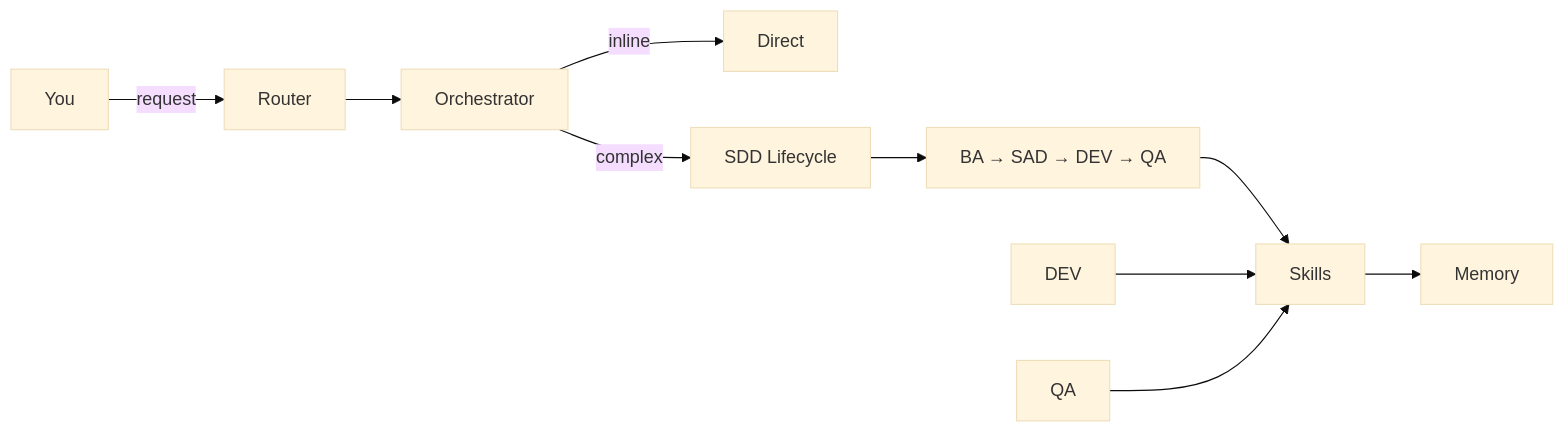
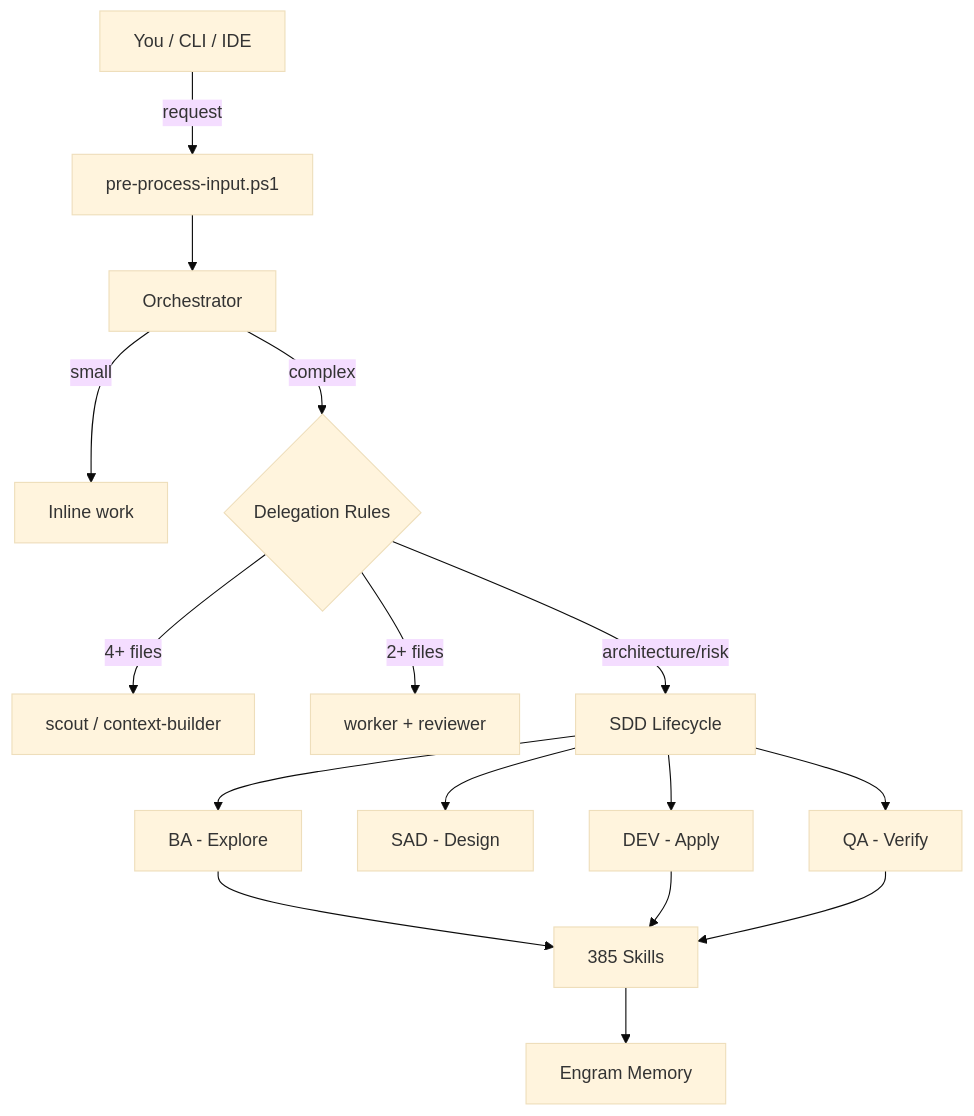
Before and after one commit to EmmanuelOrtiz87/gentle-vanguard: the first of 6 diagrams in README.md, drawn with Mermaid (base theme). The commit also changed other lines of this file and 2129 other files, not shown here.

````diff
--- a/README.md
+++ b/README.md
@@ -57,12 +74,23 @@
 ```mermaid
-flowchart LR
-    YOU[You] -->|request| PP[Router]
+flowchart TB
+    YOU[You / CLI / IDE]
+    YOU -->|request| PP[pre-process-input.ps1]
     PP --> ORC[Orchestrator]
-    ORC -->|inline| INLINE[Direct]
-    ORC -->|complex| SDD[SDD Lifecycle]
-    SDD --> BA[BA → SAD → DEV → QA]
-    BA --> SKILLS[Skills]
+
+    ORC -->|small| INLINE[Inline work]
+    ORC -->|complex| DELEGATE{Delegation Rules}
+    DELEGATE -->|4+ files| SCOUT[scout / context-builder]
+    DELEGATE -->|2+ files| WORKER[worker + reviewer]
+    DELEGATE -->|architecture/risk| SDD[SDD Lifecycle]
+
+    SDD --> BA[BA - Explore]
+    SDD --> SAD[SAD - Design]
+    SDD --> DEV[DEV - Apply]
+    SDD --> QA[QA - Verify]
+
+    BA --> SKILLS[385 Skills]
     DEV --> SKILLS
     QA --> SKILLS
-    SKILLS --> MEM[Memory]
+
+    SKILLS --> MEM[Engram Memory]
 ```
````
